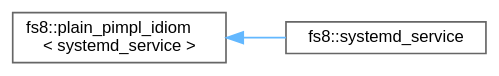
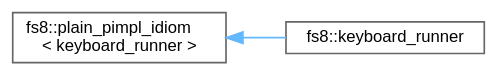
Before and after one commit to the-moisrex/foresight: the diagram in api/inherit_graph_88.dot, drawn with Graphviz. The commit also changed 211 other files, not shown here.

```diff
--- a/api/inherit_graph_88.dot
+++ b/api/inherit_graph_88.dot
@@ -1,11 +1,11 @@
 digraph "Graphical Class Hierarchy"
 {
  // LATEX_PDF_SIZE
   bgcolor="transparent";
   edge [fontname=Helvetica,fontsize=10,labelfontname=Helvetica,labelfontsize=10];
   node [fontname=Helvetica,fontsize=10,shape=box,height=0.2,width=0.4];
   rankdir="LR";
-  Node0 [id="Node000000",label="fs8::plain_pimpl_idiom\l\< systemd_service \>",height=0.2,width=0.4,color="grey40", fillcolor="white", style="filled",URL="$structfs8_1_1plain__pimpl__idiom.html",tooltip=" "];
-  Node0 -> Node1 [id="edge95_Node000000_Node000001",dir="back",color="steelblue1",style="solid",tooltip=" "];
-  Node1 [id="Node000001",label="fs8::systemd_service",height=0.2,width=0.4,color="grey40", fillcolor="white", style="filled",URL="$structfs8_1_1systemd__service.html",tooltip=" "];
+  Node0 [id="Node000000",label="fs8::plain_pimpl_idiom\l\< keyboard_runner \>",height=0.2,width=0.4,color="grey40", fillcolor="white", style="filled",URL="$structfs8_1_1plain__pimpl__idiom.html",tooltip=" "];
+  Node0 -> Node1 [id="edge96_Node000000_Node000001",dir="back",color="steelblue1",style="solid",tooltip=" "];
+  Node1 [id="Node000001",label="fs8::keyboard_runner",height=0.2,width=0.4,color="grey40", fillcolor="white", style="filled",URL="$structfs8_1_1keyboard__runner.html",tooltip=" "];
 }
```
